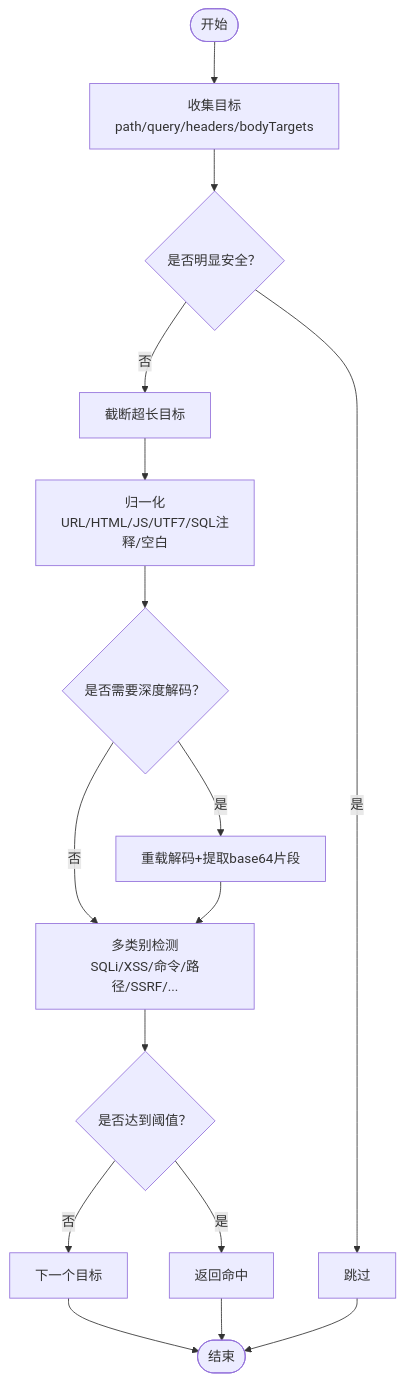
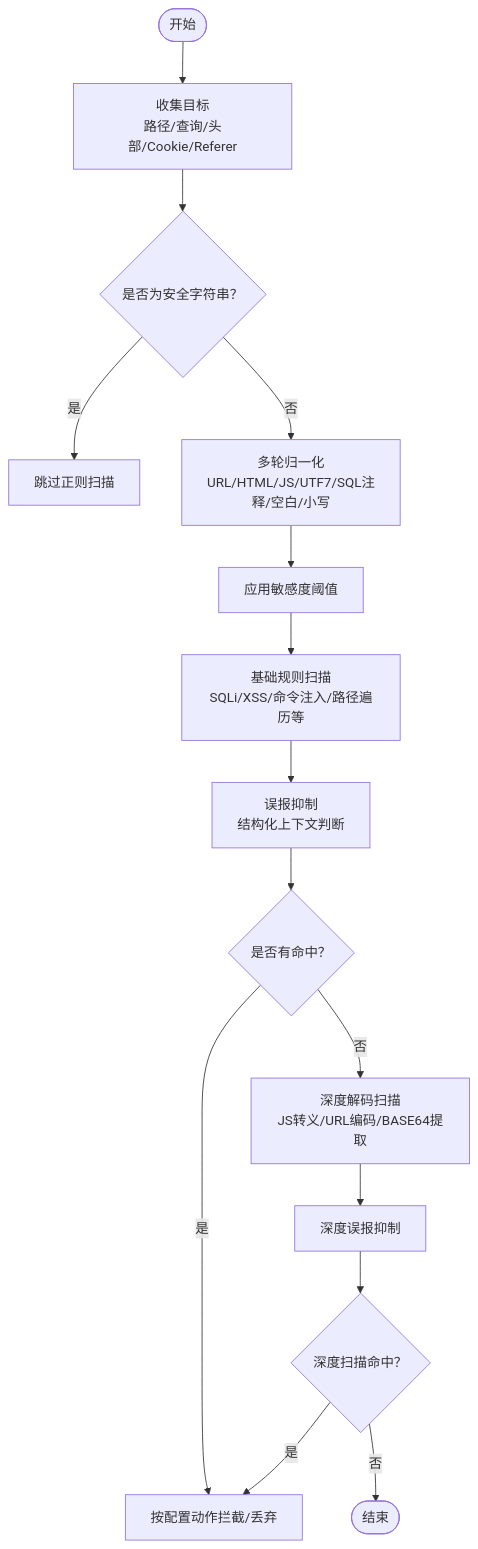
One commit to x01n/My-OpenWaf changed the third of 20 diagrams in docs/WAF 引擎系统/处理阶段详解/OWASP 默认检测阶段.md. Above: the diagram before and after it, drawn with Mermaid. The commit also changed other lines of this file and 199 other files, not shown here.

````diff
--- a/docs/WAF 引擎系统/处理阶段详解/OWASP 默认检测阶段.md
+++ b/docs/WAF 引擎系统/处理阶段详解/OWASP 默认检测阶段.md
@@ -132,18 +115,17 @@
 ```mermaid
 flowchart TD
-Start(["开始"]) --> Collect["收集目标<br/>path/query/headers/bodyTargets"]
-Collect --> Clean{"是否明显安全？"}
-Clean --> |是| Skip["跳过"]
-Clean --> |否| Limit["截断超长目标"]
-Limit --> Normalize["归一化<br/>URL/HTML/JS/UTF7/SQL注释/空白"]
-Normalize --> DeepDecode{"是否需要深度解码？"}
-DeepDecode --> |是| DecodeLoop["重载解码+提取base64片段"]
-DeepDecode --> |否| Detect
-DecodeLoop --> Detect["多类别检测<br/>SQLi/XSS/命令/路径/SSRF/..."]
-Detect --> Threshold{"是否达到阈值？"}
-Threshold --> |是| ReturnHit["返回命中"]
-Threshold --> |否| NextTarget["下一个目标"]
-NextTarget --> End(["结束"])
-ReturnHit --> End
-Skip --> End
+Start(["开始"]) --> Collect["收集目标<br/>路径/查询/头部/Cookie/Referer"]
+Collect --> CleanCheck{"是否为安全字符串？"}
+CleanCheck --> |是| Skip["跳过正则扫描"]
+CleanCheck --> |否| Normalize["多轮归一化<br/>URL/HTML/JS/UTF7/SQL注释/空白/小写"]
+Normalize --> Threshold["应用敏感度阈值"]
+Threshold --> Scan["基础规则扫描<br/>SQLi/XSS/命令注入/路径遍历等"]
+Scan --> FP["误报抑制<br/>结构化上下文判断"]
+FP --> Hits{"是否有命中？"}
+Hits --> |是| Action["按配置动作拦截/丢弃"]
+Hits --> |否| DeepScan["深度解码扫描<br/>JS转义/URL编码/BASE64提取"]
+DeepScan --> DeepFP["深度误报抑制"]
+DeepFP --> DeepHits{"深度扫描命中？"}
+DeepHits --> |是| Action
+DeepHits --> |否| Done(["结束"])
 ```
````
